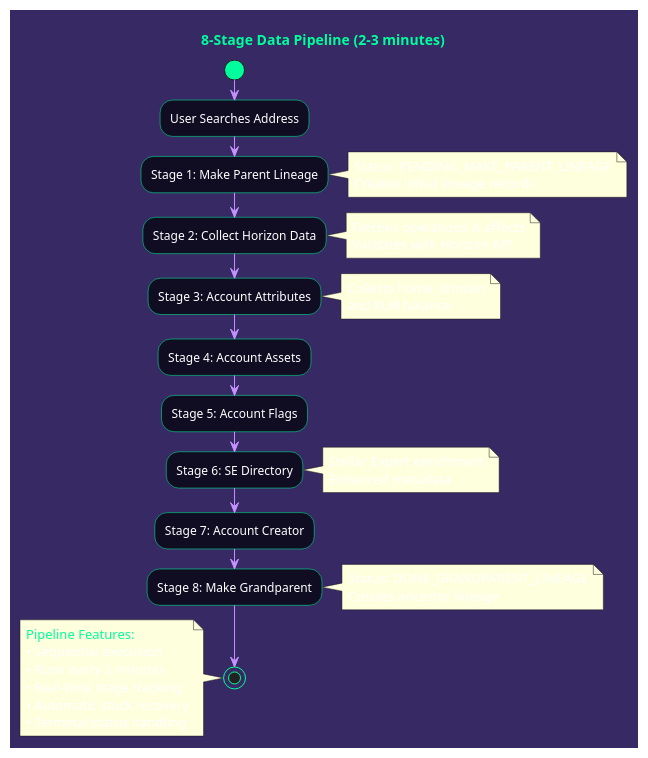
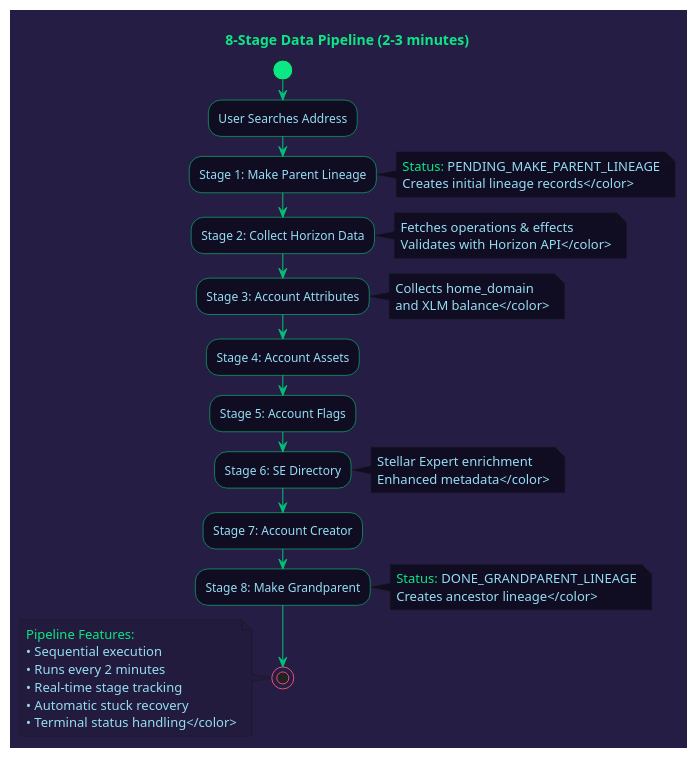
Before and after one commit to areveur51/StellarMapWeb: the diagram in diagrams/02_data_pipeline.puml, drawn with PlantUML. The commit also changed 10 other files, not shown here.

First line of the commit message:
Update diagrams to use a cyberpunk theme

```diff
--- a/diagrams/02_data_pipeline.puml
+++ b/diagrams/02_data_pipeline.puml
@@ -1,67 +1,67 @@
 @startuml Data Pipeline
 
-skinparam backgroundColor #372963
+skinparam backgroundColor #261D45
 skinparam activity {
     BackgroundColor #100D23
-    BorderColor #00FF9C
-    FontColor #ffffff
+    BorderColor #0BE784
+    FontColor #96DDF2
 }
-skinparam activityArrowColor #c592ff
-skinparam activityStartColor #00FF9C
-skinparam activityStopColor #00FF9C
-skinparam defaultFontColor #ffffff
+skinparam activityArrowColor #01C176
+skinparam activityStartColor #0BE784
+skinparam activityStopColor #E5526F
+skinparam defaultFontColor #96DDF2
 
-title <color:#00FF9C>8-Stage Data Pipeline (2-3 minutes)</color>
+title <color:#0BE784>8-Stage Data Pipeline (2-3 minutes)</color>
 
 start
 
 :User Searches Address;
 
 :Stage 1: Make Parent Lineage;
-note right
-  Status: PENDING_MAKE_PARENT_LINEAGE
-  Creates initial lineage records
+note right #100D23
+  <color:#0BE784>Status:</color> <color:#96DDF2>PENDING_MAKE_PARENT_LINEAGE
+  Creates initial lineage records</color>
 end note
 
 :Stage 2: Collect Horizon Data;
-note right
-  Fetches operations & effects
-  Validates with Horizon API
+note right #100D23
+  <color:#96DDF2>Fetches operations & effects
+  Validates with Horizon API</color>
 end note
 
 :Stage 3: Account Attributes;
-note right
-  Collects home_domain
-  and XLM balance
+note right #100D23
+  <color:#96DDF2>Collects home_domain
+  and XLM balance</color>
 end note
 
 :Stage 4: Account Assets;
 
 :Stage 5: Account Flags;
 
 :Stage 6: SE Directory;
-note right
-  Stellar Expert enrichment
-  Enhanced metadata
+note right #100D23
+  <color:#96DDF2>Stellar Expert enrichment
+  Enhanced metadata</color>
 end note
 
 :Stage 7: Account Creator;
 
 :Stage 8: Make Grandparent;
-note right
-  Status: DONE_GRANDPARENT_LINEAGE
-  Creates ancestor lineage
+note right #100D23
+  <color:#0BE784>Status:</color> <color:#96DDF2>DONE_GRANDPARENT_LINEAGE
+  Creates ancestor lineage</color>
 end note
 
 stop
 
-note left
-  <color:#00FF9C>Pipeline Features:</color>
-  • Sequential execution
+note left #231B3D
+  <color:#0BE784>Pipeline Features:</color>
+  <color:#96DDF2>• Sequential execution
   • Runs every 2 minutes
   • Real-time stage tracking
   • Automatic stuck recovery
-  • Terminal status handling
+  • Terminal status handling</color>
 end note
 
 @enduml
```
